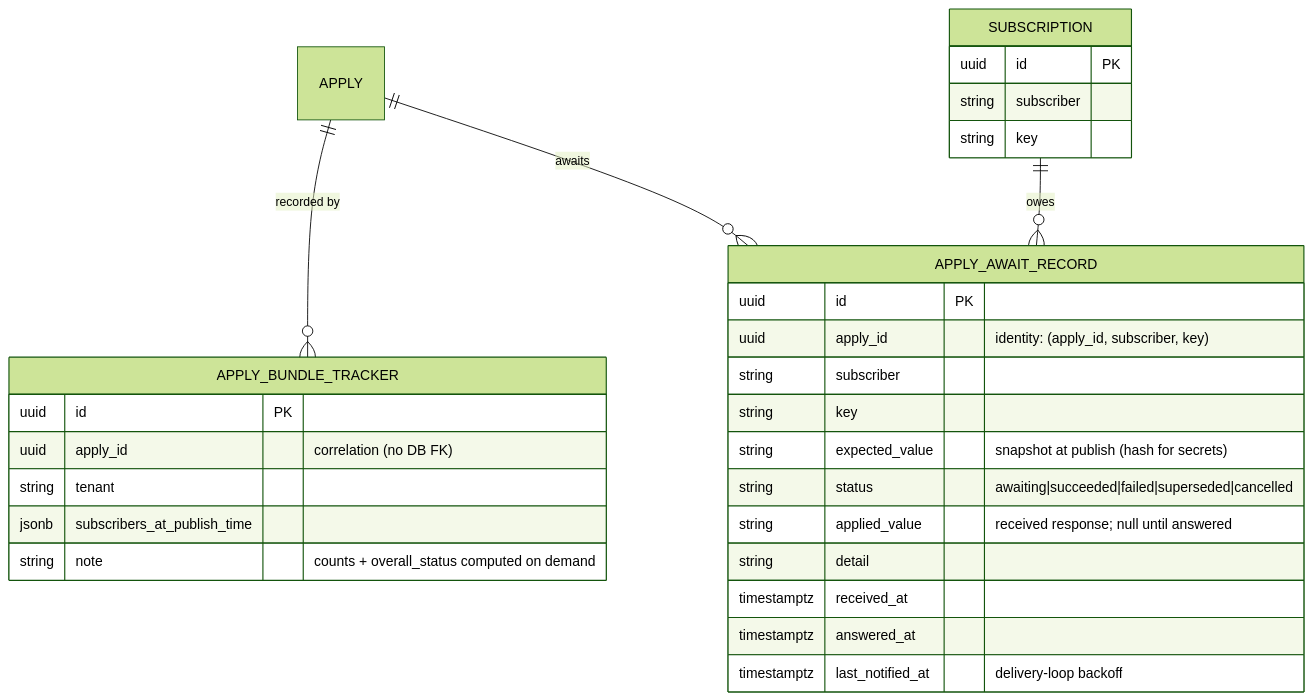
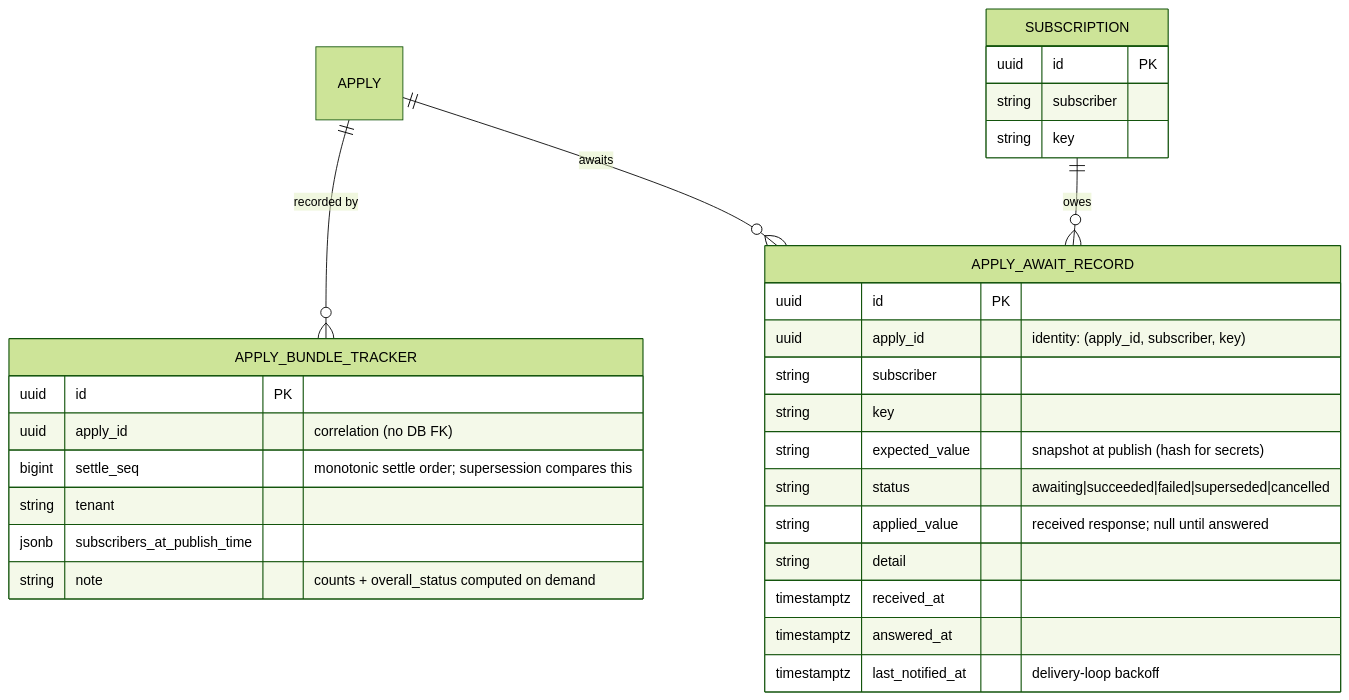
The third of 5 diagrams in gears/settings-service/docs/DESIGN-activation.md (shaneemberton/gears-rust), drawn with Mermaid (forest theme) before and after one commit. The commit also changed other lines of this file, not shown here.

````diff
--- a/gears/settings-service/docs/DESIGN-activation.md
+++ b/gears/settings-service/docs/DESIGN-activation.md
@@ -366,31 +366,32 @@
 ```mermaid
 erDiagram
  APPLY ||--o{ APPLY_BUNDLE_TRACKER : "recorded by"
  APPLY ||--o{ APPLY_AWAIT_RECORD : "awaits"
  SUBSCRIPTION ||--o{ APPLY_AWAIT_RECORD : "owes"
  SUBSCRIPTION {
  uuid id PK
  string subscriber
  string key
  }
  APPLY_BUNDLE_TRACKER {
  uuid id PK
  uuid apply_id "correlation (no DB FK)"
+ bigint settle_seq "monotonic settle order; supersession compares this"
  string tenant
  jsonb subscribers_at_publish_time
  string note "counts + overall_status computed on demand"
  }
  APPLY_AWAIT_RECORD {
  uuid id PK
  uuid apply_id "identity: (apply_id, subscriber, key)"
  string subscriber
  string key
  string expected_value "snapshot at publish (hash for secrets)"
  string status "awaiting|succeeded|failed|superseded|cancelled"
  string applied_value "received response; null until answered"
  string detail
  timestamptz received_at
  timestamptz answered_at
  timestamptz last_notified_at "delivery-loop backoff"
  }
 ```
````
